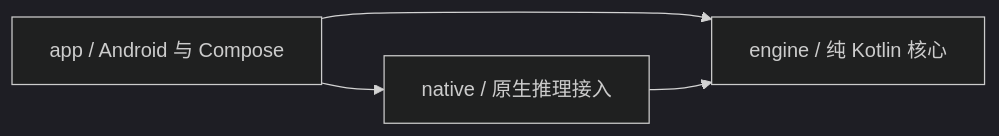
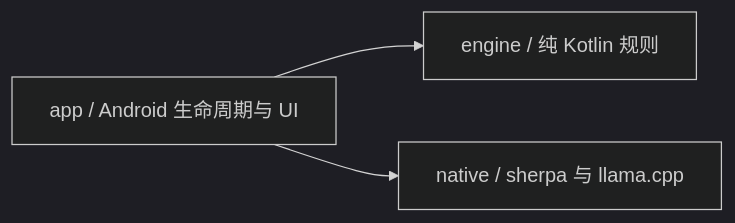
Before and after one commit to CodeBoy2006/CaptionGlass: the first of 2 diagrams in docs/architecture.md, drawn with Mermaid (dark theme). The commit also changed other lines of this file and 41 other files, not shown here.

````diff
--- a/docs/architecture.md
+++ b/docs/architecture.md
@@ -11,6 +11,5 @@
 ```mermaid
 flowchart LR
-    app[app / Android 与 Compose] --> engine[engine / 纯 Kotlin 核心]
-    app --> native[native / 原生推理接入]
-    native --> engine
+    app[app / Android 生命周期与 UI] --> engine[engine / 纯 Kotlin 规则]
+    app --> native[native / sherpa 与 llama.cpp]
 ```
````
